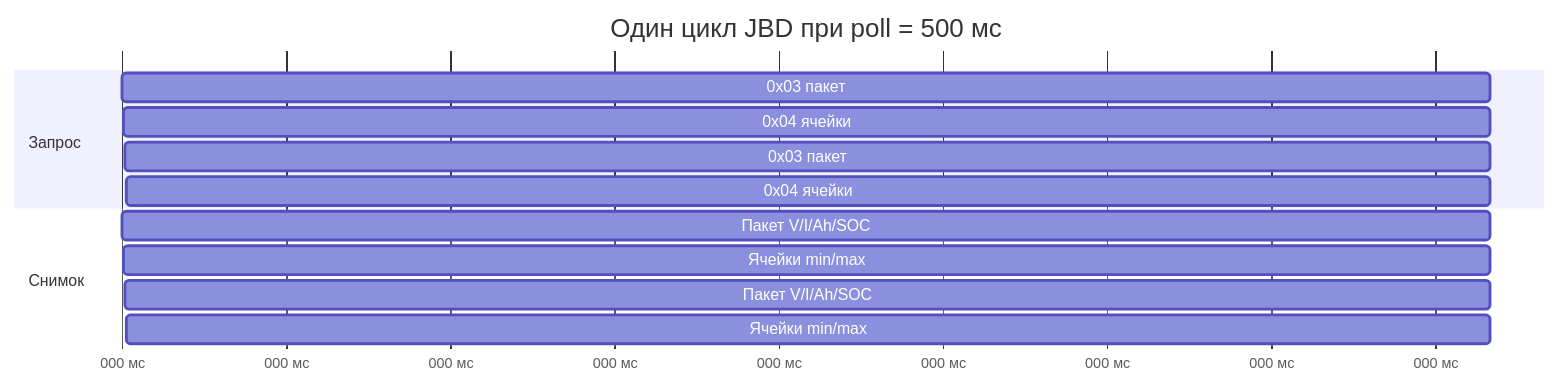
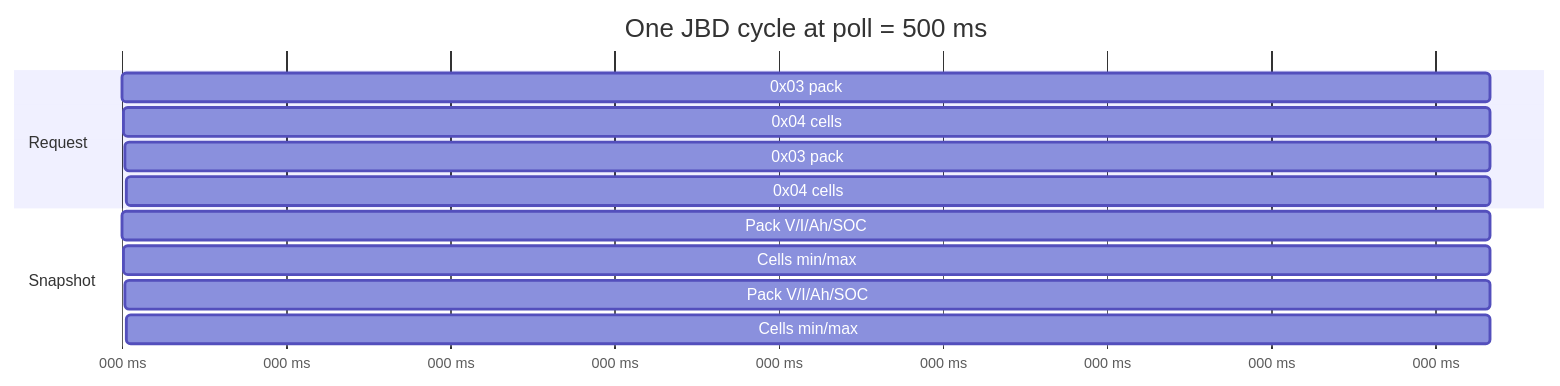
One commit to livello/OsmAnd changed the second of 9 diagrams in BMS_DATA_ABOUT.md. Above: the diagram before and after it, drawn with Mermaid. The commit also changed other lines of this file and 2 other files, not shown here.

````diff
--- a/BMS_DATA_ABOUT.md
+++ b/BMS_DATA_ABOUT.md
@@ -87,16 +87,16 @@
 ```mermaid
 gantt
-    title Один цикл JBD при poll = 500 мс
+    title One JBD cycle at poll = 500 ms
     dateFormat X
-    axisFormat %L мс
-    section Запрос
-    0x03 пакет           :a1, 0, 500
-    0x04 ячейки          :a2, 500, 500
-    0x03 пакет           :a3, 1000, 500
-    0x04 ячейки          :a4, 1500, 500
-    section Снимок
-    Пакет V/I/Ah/SOC     :b1, 0, 500
-    Ячейки min/max       :b2, 500, 500
-    Пакет V/I/Ah/SOC     :b3, 1000, 500
-    Ячейки min/max       :b4, 1500, 500
+    axisFormat %L ms
+    section Request
+    0x03 pack            :a1, 0, 500
+    0x04 cells           :a2, 500, 500
+    0x03 pack            :a3, 1000, 500
+    0x04 cells           :a4, 1500, 500
+    section Snapshot
+    Pack V/I/Ah/SOC      :b1, 0, 500
+    Cells min/max        :b2, 500, 500
+    Pack V/I/Ah/SOC      :b3, 1000, 500
+    Cells min/max        :b4, 1500, 500
 ```
````
